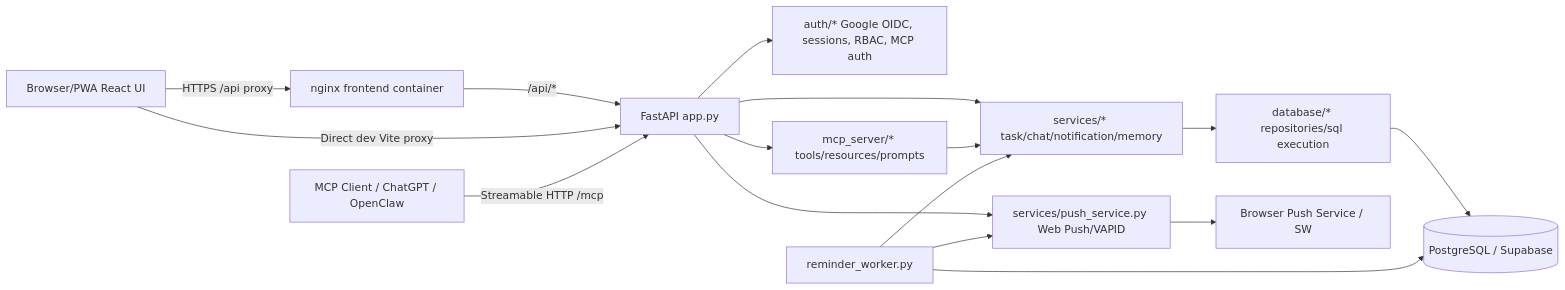
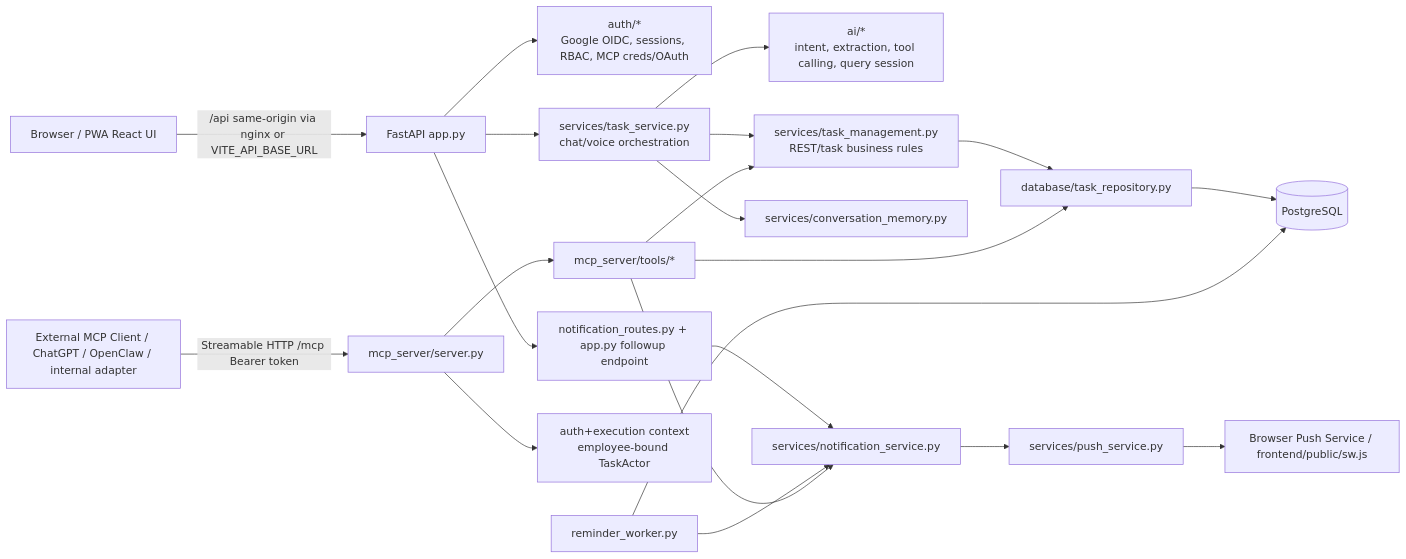
The diagram in handover-readme.md (AbhayShinde16325/FnW-logging-assistant), drawn with Mermaid before and after one commit. The commit also changed other lines of this file, not shown here.

````diff
--- a/handover-readme.md
+++ b/handover-readme.md
@@ -43,18 +48,23 @@
 ```mermaid
 flowchart LR
-  U[Browser/PWA React UI] -->|HTTPS /api proxy| N[nginx frontend container]
-  N -->|/api/*| A[FastAPI app.py]
-  U -->|Direct dev Vite proxy| A
-  C[MCP Client / ChatGPT / OpenClaw] -->|Streamable HTTP /mcp| A
-  A --> Auth[auth/* Google OIDC, sessions, RBAC, MCP auth]
-  A --> Svc[services/* task/chat/notification/memory]
-  A --> MCP[mcp_server/* tools/resources/prompts]
-  Svc --> Repo[database/* repositories/sql execution]
-  MCP --> Svc
-  Repo --> PG[(PostgreSQL / Supabase)]
-  W[reminder_worker.py] --> Svc
-  W --> PG
-  A --> Push[services/push_service.py Web Push/VAPID]
-  W --> Push
-  Push --> Browser[Browser Push Service / SW]
+    Browser[Browser / PWA React UI] -->|/api same-origin via nginx or VITE_API_BASE_URL| API[FastAPI app.py]
+    API --> Auth[auth/*\nGoogle OIDC, sessions, RBAC, MCP creds/OAuth]
+    API --> TaskSvc[services/task_service.py\nchat/voice orchestration]
+    TaskSvc --> AI[ai/*\nintent, extraction, tool calling, query session]
+    TaskSvc --> TMS[services/task_management.py\nREST/task business rules]
+    TaskSvc --> Mem[services/conversation_memory.py]
+    TMS --> Repo[database/task_repository.py]
+    Repo --> DB[(PostgreSQL)]
+    API --> NotifRoutes[notification_routes.py + app.py followup endpoint]
+    NotifRoutes --> NotifSvc[services/notification_service.py]
+    NotifSvc --> Push[services/push_service.py]
+    Push --> SW[Browser Push Service / frontend/public/sw.js]
+    Worker[reminder_worker.py] --> NotifSvc
+    Worker --> DB
+    MCPClient[External MCP Client / ChatGPT / OpenClaw / internal adapter] -->|Streamable HTTP /mcp Bearer token| MCP[mcp_server/server.py]
+    MCP --> MCPAuth[auth+execution context\nemployee-bound TaskActor]
+    MCP --> Tools[mcp_server/tools/*]
+    Tools --> TMS
+    Tools --> Repo
+    Tools --> NotifSvc
 ```
````
